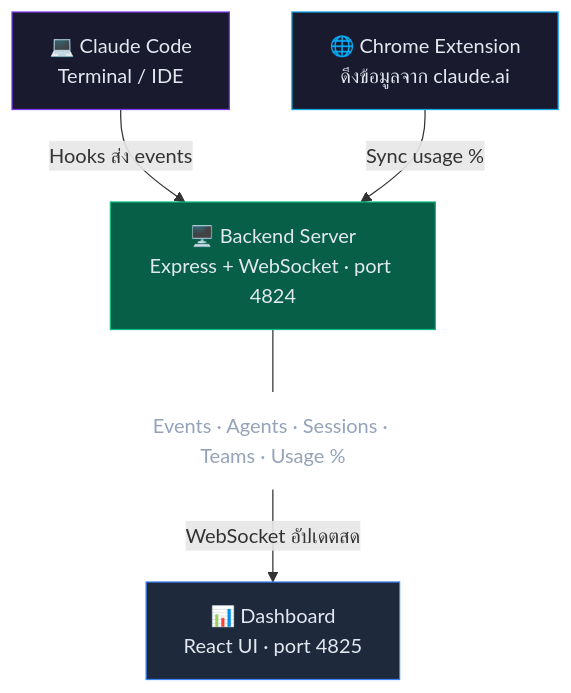
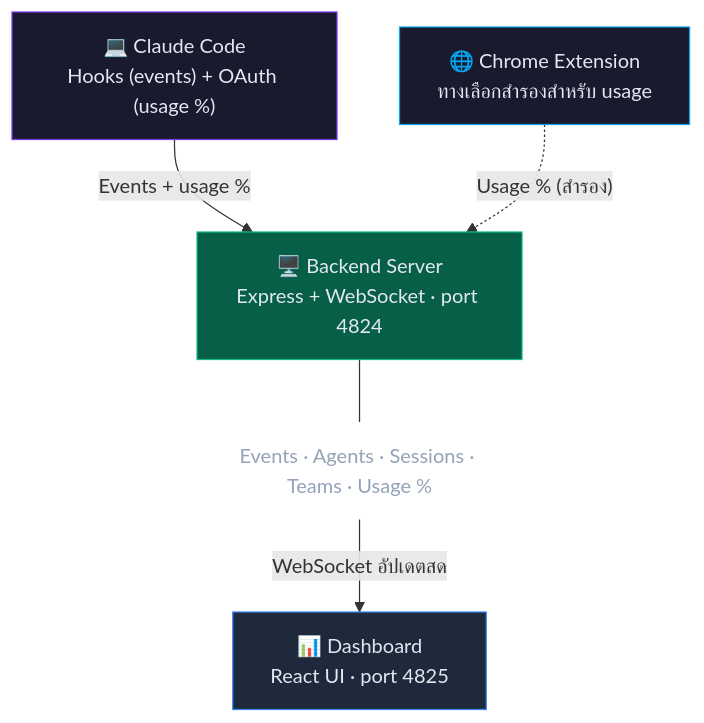
One commit to suparerk9x/Oh-My-Claude changed the diagram in README_TH.md. Above: the diagram before and after it, drawn with Mermaid. The commit also changed other lines of this file and 35 other files, not shown here.

````diff
--- a/README_TH.md
+++ b/README_TH.md
@@ -291,22 +291,22 @@
 ```mermaid
 flowchart TD
-    CC["💻 Claude Code\nTerminal / IDE"]
-    CE["🌐 Chrome Extension\nดึงข้อมูลจาก claude.ai"]
+    CC["💻 Claude Code\nHooks (events) + OAuth (usage %)"]
+    CE["🌐 Chrome Extension\nทางเลือกสำรองสำหรับ usage"]
 
-    CC -->|"Hooks ส่ง events"| BS
-    CE -->|"Sync usage %"| BS
+    CC -->|"Events + usage %"| BS
+    CE -.->|"Usage % (สำรอง)"| BS
 
     BS["🖥️ Backend Server\nExpress + WebSocket · port 4824"]
 
     BS --- Data["Events · Agents · Sessions · Teams · Usage %"]
 
     Data -->|"WebSocket อัปเดตสด"| DB
 
     DB["📊 Dashboard\nReact UI · port 4825"]
 
     style CC fill:#1a1a2e,stroke:#7c3aed,color:#e2e8f0
     style CE fill:#1a1a2e,stroke:#0ea5e9,color:#e2e8f0
     style BS fill:#065f46,stroke:#10b981,color:#e2e8f0
     style Data fill:none,stroke:none,color:#94a3b8
     style DB fill:#1e293b,stroke:#3b82f6,color:#e2e8f0
 ```
````
